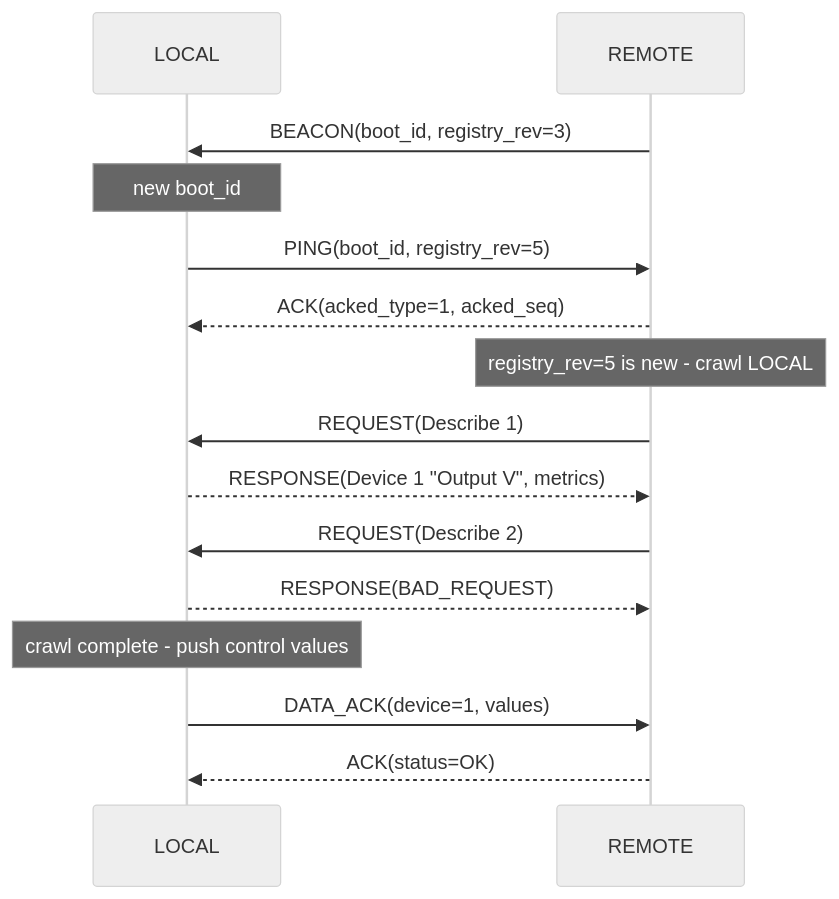
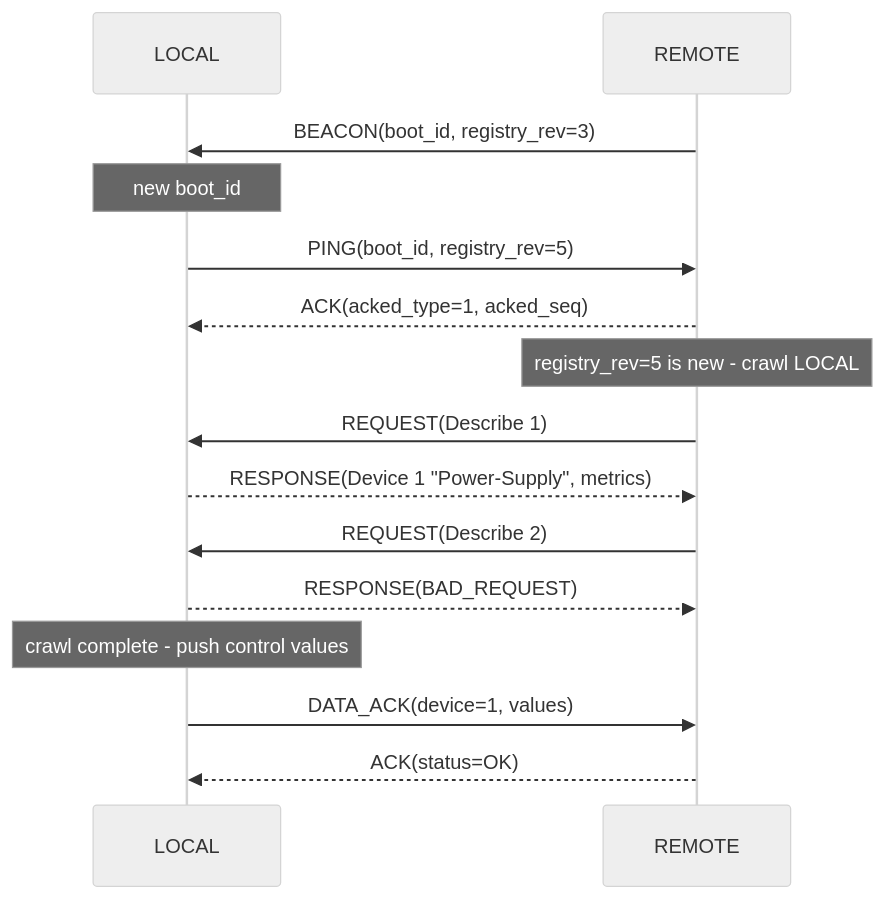
One commit to Warpguru/LoRaIoT changed the sixth of 9 diagrams in doc/LoRaProtocol.md. Above: the diagram before and after it, drawn with Mermaid (neutral theme). The commit also changed other lines of this file and 20 other files, not shown here.

````diff
--- a/doc/LoRaProtocol.md
+++ b/doc/LoRaProtocol.md
@@ -595,17 +595,17 @@
 ```mermaid
 sequenceDiagram
     participant L as LOCAL
     participant R as REMOTE
     R->>L: BEACON(boot_id, registry_rev=3)
     Note over L: new boot_id
     L->>R: PING(boot_id, registry_rev=5)
     R-->>L: ACK(acked_type=1, acked_seq)
     Note over R: registry_rev=5 is new - crawl LOCAL
     R->>L: REQUEST(Describe 1)
-    L-->>R: RESPONSE(Device 1 "Output V", metrics)
+    L-->>R: RESPONSE(Device 1 "Power-Supply", metrics)
     R->>L: REQUEST(Describe 2)
     L-->>R: RESPONSE(BAD_REQUEST)
     Note over L: crawl complete - push control values
     L->>R: DATA_ACK(device=1, values)
     R-->>L: ACK(status=OK)
 ```
````
